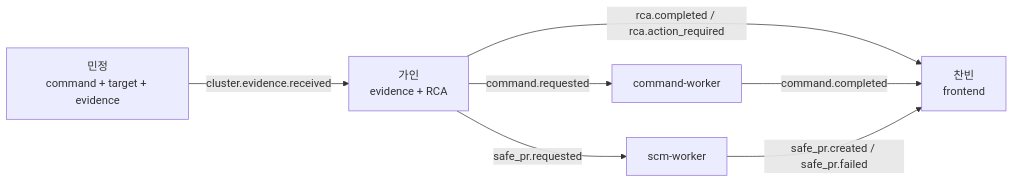
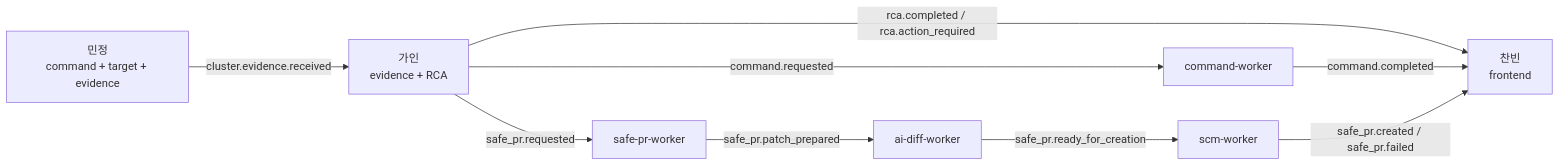
The diagram in docs/team/role-practice-guide.md (Jungle-303-04/final), drawn with Mermaid before and after one commit. The commit also changed other lines of this file and 14 other files, not shown here.

````diff
--- a/docs/team/role-practice-guide.md
+++ b/docs/team/role-practice-guide.md
@@ -72,9 +72,11 @@
 ```mermaid
 flowchart LR
   MJ["민정<br/>command + target + evidence"] -->|"cluster.evidence.received"| GI["가인<br/>evidence + RCA"]
   GI -->|"rca.completed / rca.action_required"| CB["찬빈<br/>frontend"]
   GI -->|"command.requested"| CMD["command-worker"]
-  GI -->|"safe_pr.requested"| SCM["scm-worker"]
+  GI -->|"safe_pr.requested"| SPW["safe-pr-worker"]
+  SPW -->|"safe_pr.patch_prepared"| AID["ai-diff-worker"]
+  AID -->|"safe_pr.ready_for_creation"| SCM["scm-worker"]
   CMD -->|"command.completed"| CB
   SCM -->|"safe_pr.created / safe_pr.failed"| CB
 ```
````
